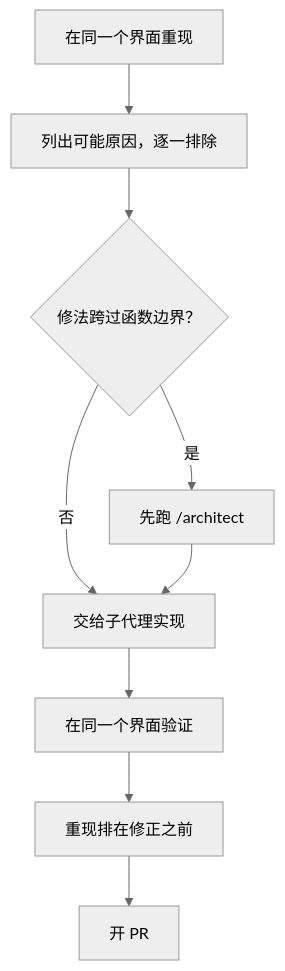
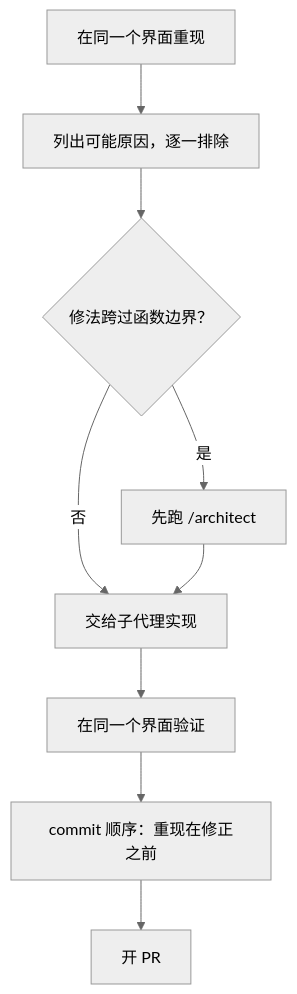
The first of 5 diagrams in _posts/zh-CN/2026-10-31-pstack-build-verify-merge.md (justmaocom/justmaocom.github.io), drawn with Mermaid (neutral theme) before and after one commit. The commit also changed 18 other files, not shown here.

````diff
--- a/_posts/zh-CN/2026-10-31-pstack-build-verify-merge.md
+++ b/_posts/zh-CN/2026-10-31-pstack-build-verify-merge.md
@@ -94,11 +94,11 @@
 ```mermaid
 flowchart TD
   A[在同一个界面重现] --> B[列出可能原因，逐一排除]
   B --> C{修法跨过函数边界？}
   C -->|是| D["先跑 /architect"]
   C -->|否| E[交给子代理实现]
   D --> E
   E --> F[在同一个界面验证]
-  F --> G[重现排在修正之前]
+  F --> G["commit 顺序：重现在修正之前"]
   G --> H[开 PR]
 ```
````
